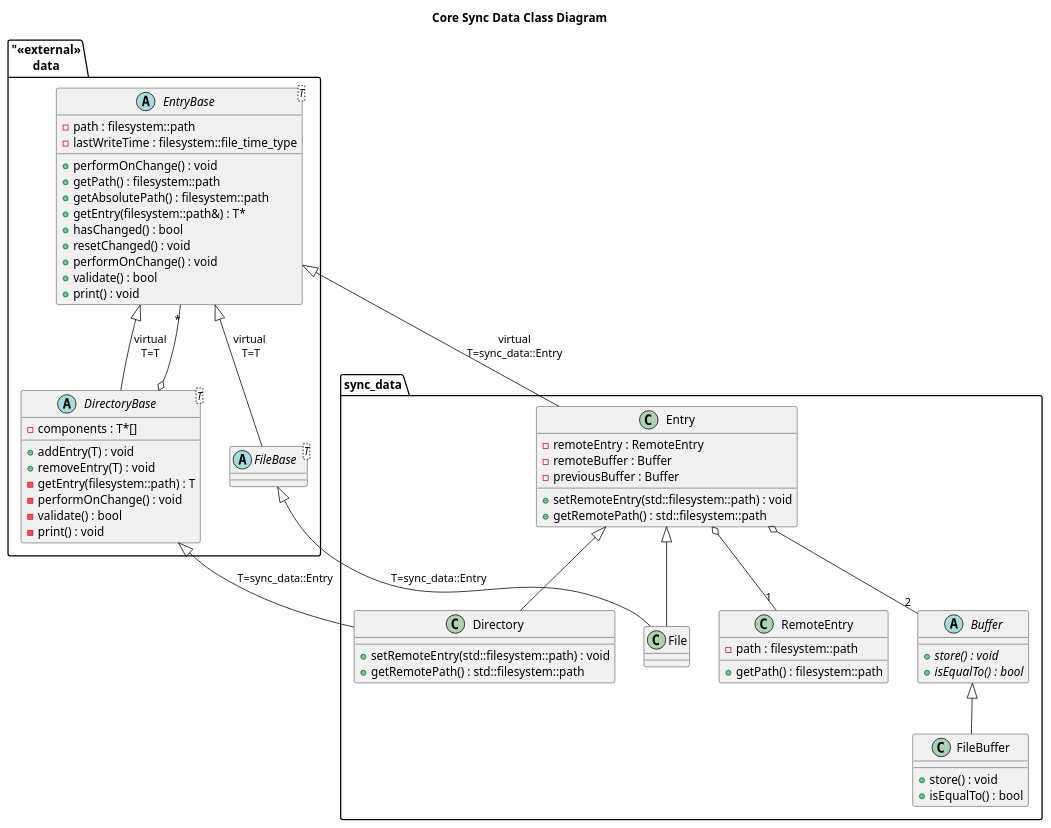
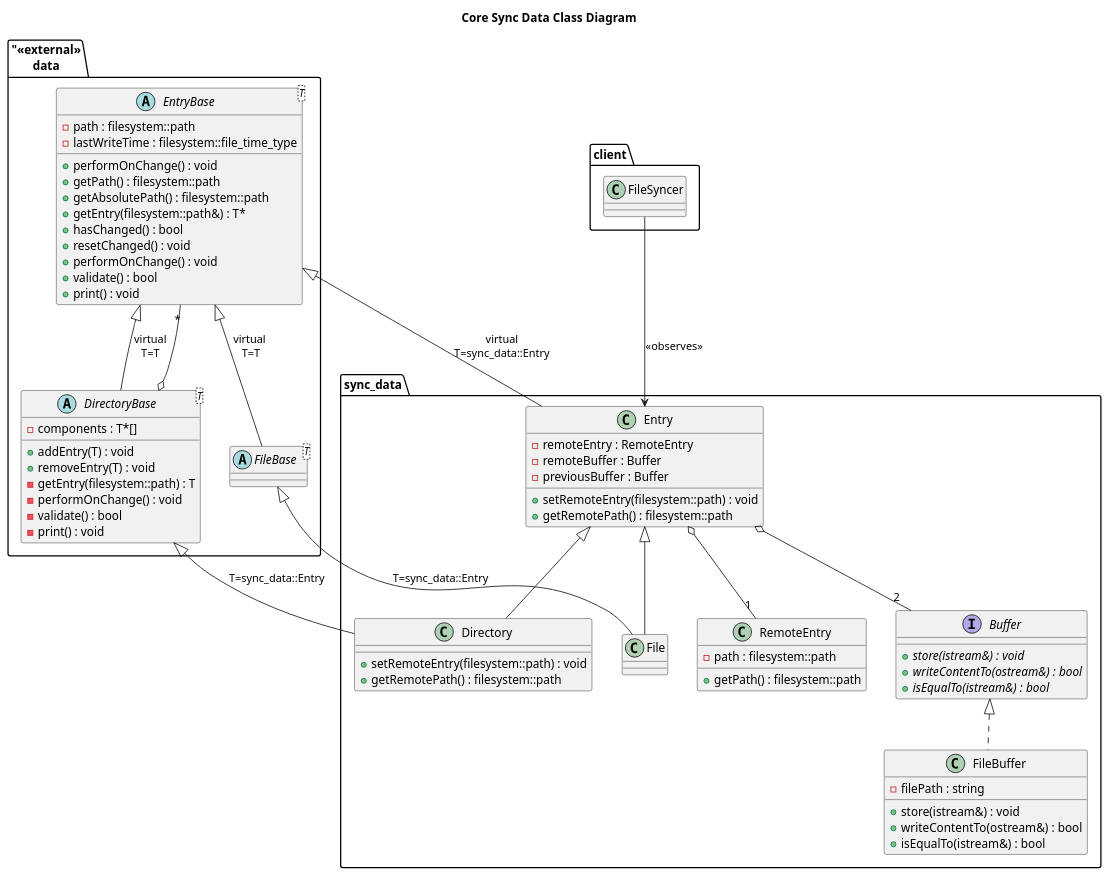
Before and after one commit to kfpgk/libfilesync: the diagram in libfilesync/core/sync_data/doc/class.puml, drawn with PlantUML. The commit also changed 44 other files, not shown here.

```diff
--- a/libfilesync/core/sync_data/doc/class.puml
+++ b/libfilesync/core/sync_data/doc/class.puml
@@ -1,74 +1,84 @@
 @startuml sync-data-class-diagram
 
 title Core Sync Data Class Diagram
 
 package "<<external>>\ndata {
     abstract class "EntryBase<T>" as EntryBase {
         - path : filesystem::path
         - lastWriteTime : filesystem::file_time_type 
         + performOnChange() : void
         + getPath() : filesystem::path
         + getAbsolutePath() : filesystem::path
         + getEntry(filesystem::path&) : T* 
         + hasChanged() : bool
         + resetChanged() : void
         + performOnChange() : void
         + validate() : bool
         + print() : void
     }
     abstract class "DirectoryBase<T>" as DirectoryBase {
         - components : T*[]
         + addEntry(T) : void
         + removeEntry(T) : void
         - getEntry(filesystem::path) : T
         - performOnChange() : void
         - validate() : bool
         - print() : void
     }
     abstract class "FileBase<T>" as FileBase {
 
     }
 }
 
 package "sync_data" {
     class "Entry" as Entry {
         - remoteEntry : RemoteEntry
         - remoteBuffer : Buffer
         - previousBuffer : Buffer
-        + setRemoteEntry(std::filesystem::path) : void
-        + getRemotePath() : std::filesystem::path
+        + setRemoteEntry(filesystem::path) : void
+        + getRemotePath() : filesystem::path
     }
     class "Directory" as Directory {
-        + setRemoteEntry(std::filesystem::path) : void
-        + getRemotePath() : std::filesystem::path 
+        + setRemoteEntry(filesystem::path) : void
+        + getRemotePath() : filesystem::path 
     }
     class "File" as File {
     }
     class "RemoteEntry" as RemoteEntry {
         - path : filesystem::path
         + getPath() : filesystem::path
     }
-    abstract class "Buffer" as Buffer {
-        + {abstract} store() : void
-        + {abstract} isEqualTo() : bool 
+    interface "Buffer" as Buffer {
+        + {abstract} store(istream&) : void
+        + {abstract} writeContentTo(ostream&) : bool 
+        + {abstract} isEqualTo(istream&) : bool
     }
     class "FileBuffer" as FileBuffer {
-        + store() : void
-        + isEqualTo() : bool 
+        - filePath : string
+        + store(istream&) : void
+        + writeContentTo(ostream&) : bool
+        + isEqualTo(istream&) : bool 
     }  
+}
+
+package client {
+    class FileSyncer
 }
 
 EntryBase <|-- DirectoryBase : virtual\nT=T
 EntryBase "*" --o DirectoryBase
 EntryBase <|-- FileBase : virtual \nT=T
 
 EntryBase <|-- Entry : virtual\nT=sync_data::Entry
 DirectoryBase <|-- Directory : T=sync_data::Entry
 Entry <|-- Directory
 FileBase <|-- File : T=sync_data::Entry
 Entry <|-- File
 Entry o-- "1" RemoteEntry
 Entry o-- "2" Buffer
 
-Buffer <|-- FileBuffer
+Buffer <|.. FileBuffer
+
+FileSyncer --> Entry : "<<observes>>"
+
 @enduml
```
